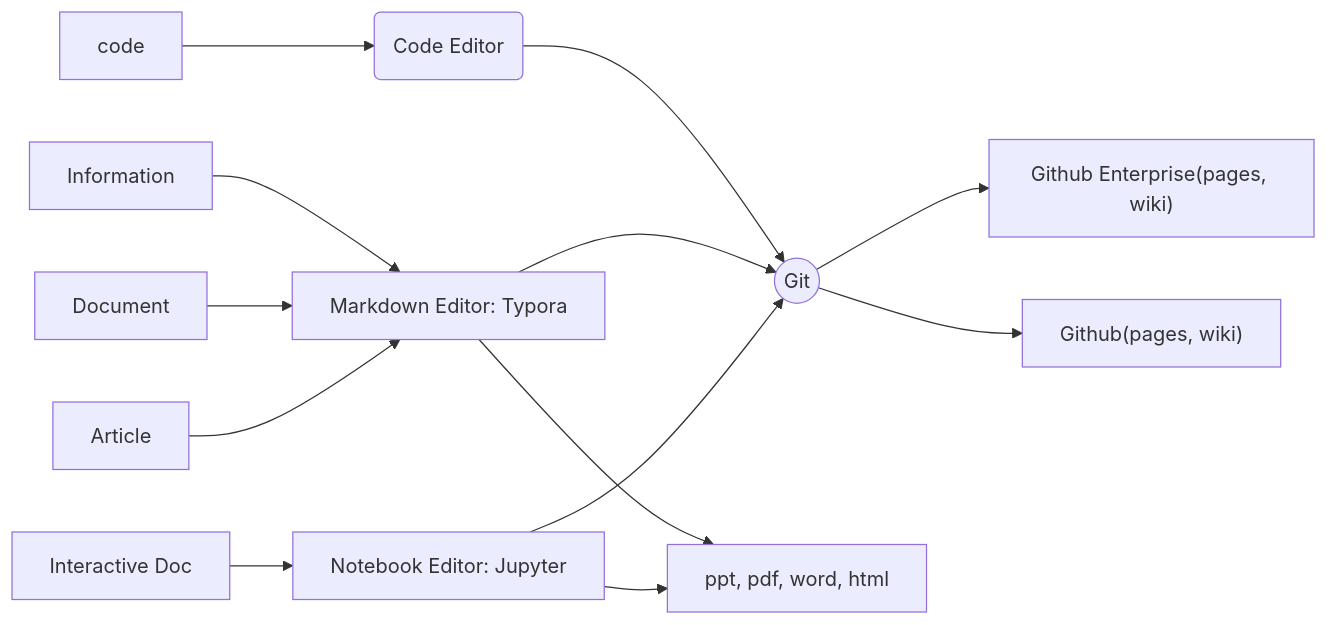
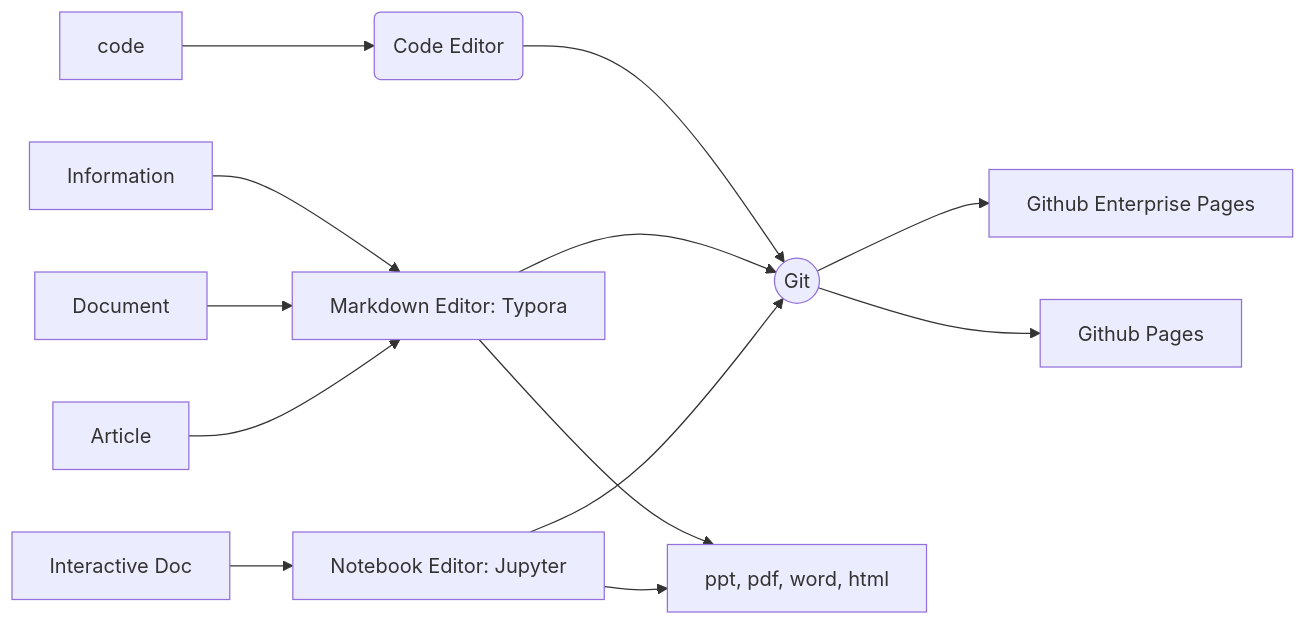
Before and after one commit to xuxiangwen/xuxiangwen.github.io: the diagram in _posts/take_notes.md, drawn with Mermaid. The commit also changed other lines of this file and 1 other file, not shown here.

Commit message:
update diagram for jekyll

```diff
--- a/_posts/take_notes.md
+++ b/_posts/take_notes.md
@@ -118,15 +115,15 @@
 ~~~mermaid
 graph LR; 
     CE --> Git((Git));  
     Information--> MDE[Markdown Editor: Typora];   
     Document--> MDE;
     Article--> MDE;    
     ID[Interactive Doc]-->NE[Notebook Editor: Jupyter];
     code --> CE(Code Editor);  
     MDE-->Others[ppt, pdf, word, html];
     NE-->Others;    
     MDE--> Git; 
     NE--> Git;
-    Git-->GE["Github Enterprise(pages, wiki)"];
-    Git-->GitHub["Github(pages, wiki)"];  
+    Git-->GE["Github Enterprise Pages"];
+    Git-->GitHub["Github Pages"];  
 ~~~
```
